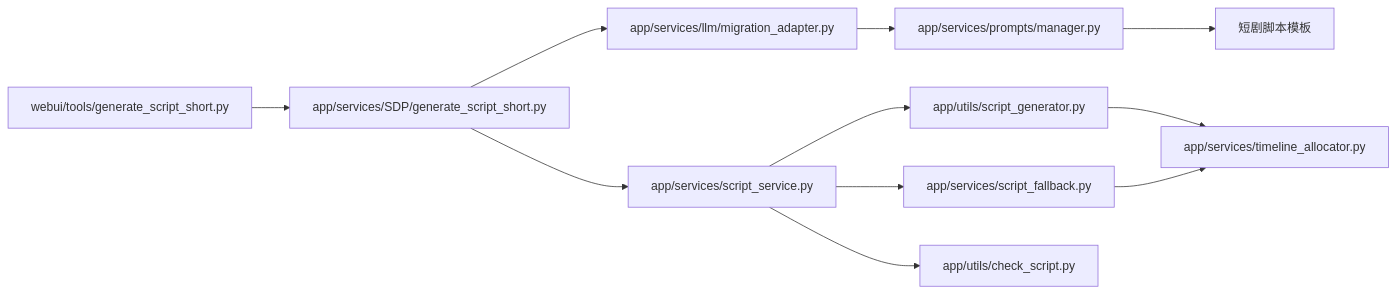
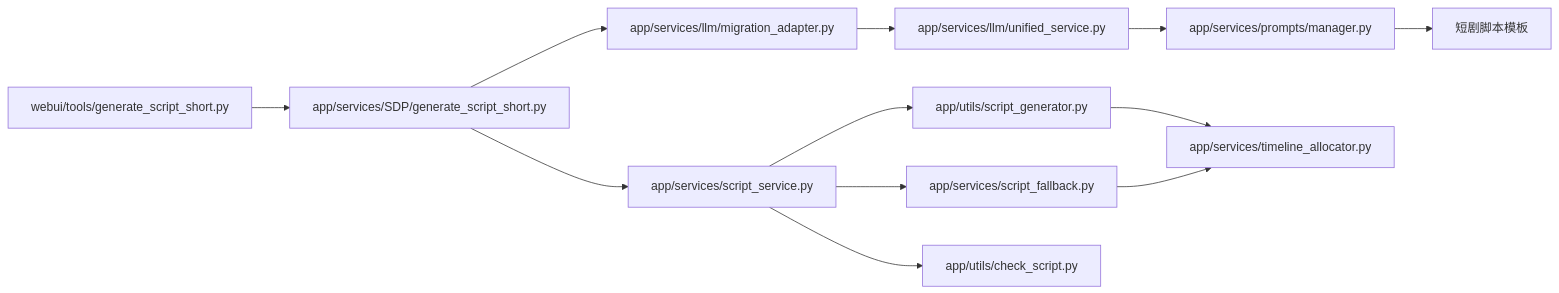
The tenth of 10 diagrams in .qoder/repowiki/zh/content/核心功能/AI影视解说系统/脚本生成器.md (wowoduang/AIVideoClaude), drawn with Mermaid before and after one commit. The commit also changed other lines of this file and 26 other files, not shown here.

````diff
--- a/.qoder/repowiki/zh/content/核心功能/AI影视解说系统/脚本生成器.md
+++ b/.qoder/repowiki/zh/content/核心功能/AI影视解说系统/脚本生成器.md
@@ -364,13 +469,14 @@
 ```mermaid
 graph LR
 UI["webui/tools/generate_script_short.py"] --> SDP["app/services/SDP/generate_script_short.py"]
 SDP --> MA["app/services/llm/migration_adapter.py"]
-MA --> PM["app/services/prompts/manager.py"]
+MA --> US["app/services/llm/unified_service.py"]
+US --> PM["app/services/prompts/manager.py"]
 PM --> PS["短剧脚本模板"]
 SDP --> SS["app/services/script_service.py"]
 SS --> SG["app/utils/script_generator.py"]
 SG --> TA["app/services/timeline_allocator.py"]
 SS --> SF["app/services/script_fallback.py"]
 SF --> TA
 SS --> CS["app/utils/check_script.py"]
 ```
````
